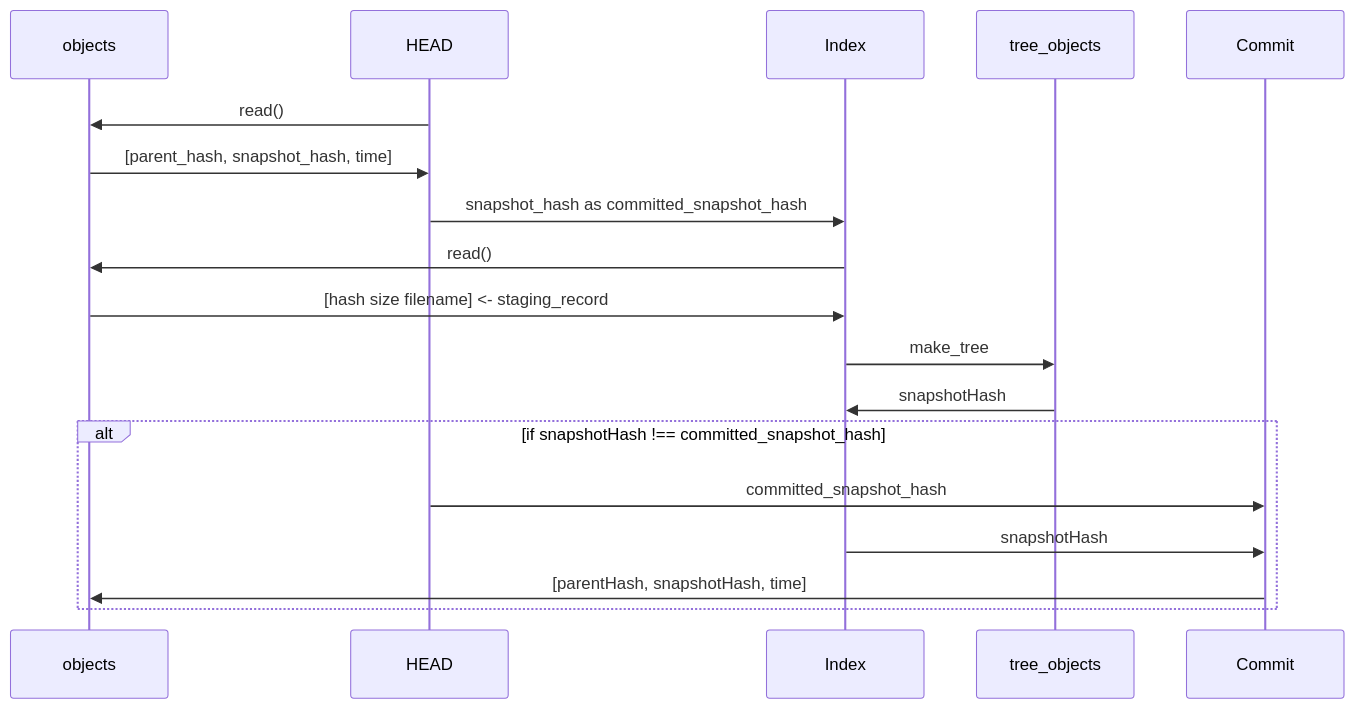
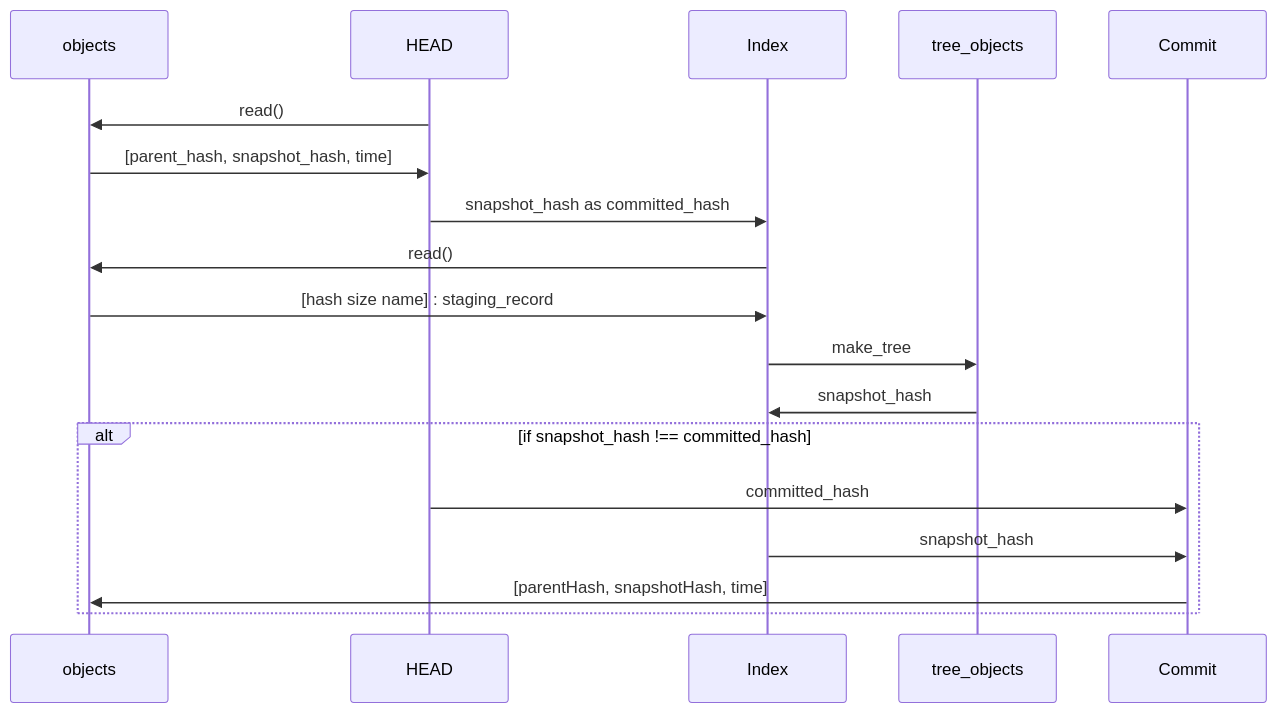
The third of 6 diagrams in README.md (NarciSource/Boostcamp-Challenge), drawn with Mermaid before and after one commit. The commit also changed other lines of this file and 8 other files, not shown here.

````diff
--- a/README.md
+++ b/README.md
@@ -174,23 +174,23 @@
     ```mermaid
     sequenceDiagram
         participant objects
         participant HEAD
         participant Index
         participant tree_objects
         participant Commit
 
         HEAD->>objects: read()
         objects->>HEAD: [parent_hash, snapshot_hash, time]
-        HEAD->>Index: snapshot_hash as committed_snapshot_hash
+        HEAD->>Index: snapshot_hash as committed_hash
 
         Index->>objects: read()
-        objects->>Index: [hash size filename] <- staging_record
+        objects->>Index: [hash size name] : staging_record
         Index->>tree_objects: make_tree
-        tree_objects->>Index: snapshotHash
+        tree_objects->>Index: snapshot_hash
 
-        alt if snapshotHash !== committed_snapshot_hash
-            HEAD->>Commit: committed_snapshot_hash
-            Index->>Commit: snapshotHash
+        alt if snapshot_hash !== committed_hash
+            HEAD->>Commit: committed_hash
+            Index->>Commit: snapshot_hash
             Commit->>objects: [parentHash, snapshotHash, time]
         end
     ```
````
